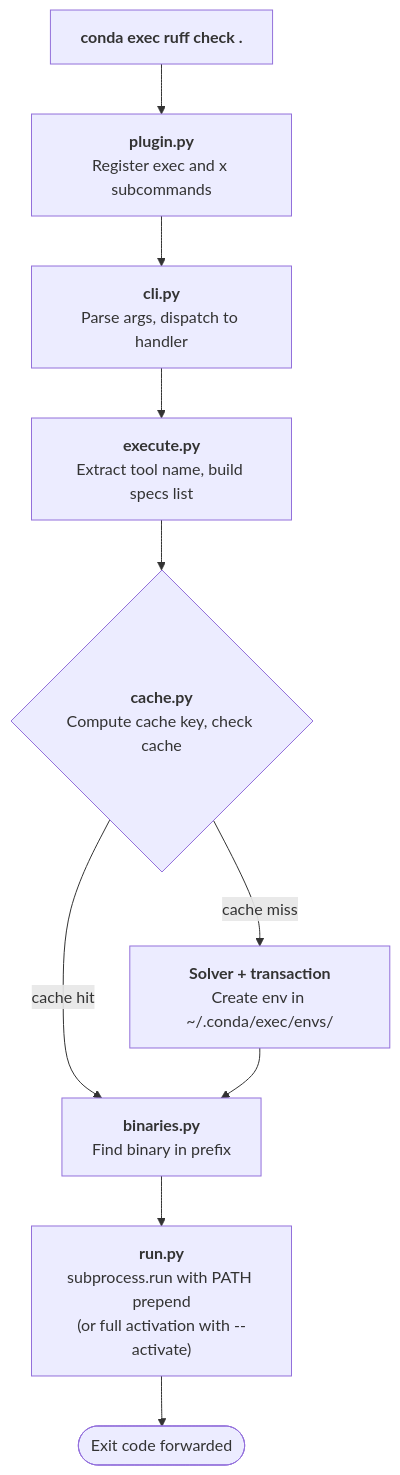
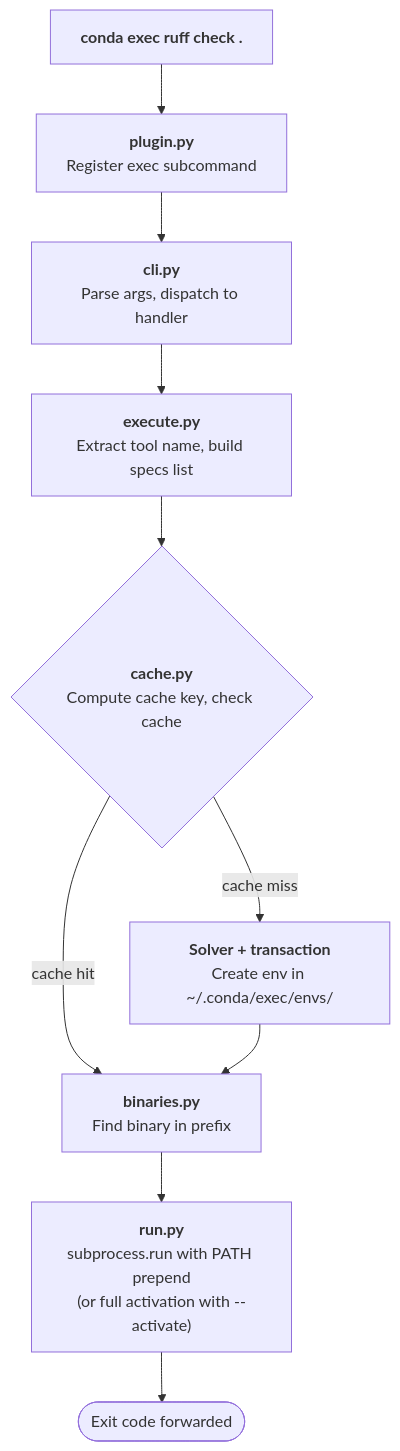
Before and after one commit to conda-incubator/conda-exec: the first of 2 diagrams in docs/explanation/architecture.md, drawn with Mermaid. The commit also changed other lines of this file and 14 other files, not shown here.

````diff
--- a/docs/explanation/architecture.md
+++ b/docs/explanation/architecture.md
@@ -11,12 +13,12 @@
 ```{mermaid}
 flowchart TD
-    A["<b>conda exec ruff check .</b>"] --> B["<b>plugin.py</b><br>Register exec and x subcommands"]
+    A["<b>conda exec ruff check .</b>"] --> B["<b>plugin.py</b><br>Register exec subcommand"]
     B --> C["<b>cli.py</b><br>Parse args, dispatch to handler"]
     C --> D["<b>execute.py</b><br>Extract tool name, build specs list"]
     D --> E{"<b>cache.py</b><br>Compute cache key, check cache"}
     E -- cache hit --> F["<b>binaries.py</b><br>Find binary in prefix"]
     E -- cache miss --> G["<b>Solver + transaction</b><br>Create env in ~/.conda/exec/envs/"]
     G --> F
     F --> H["<b>run.py</b><br>subprocess.run with PATH prepend<br>(or full activation with --activate)"]
     H --> I(["Exit code forwarded"])
 ```
````
